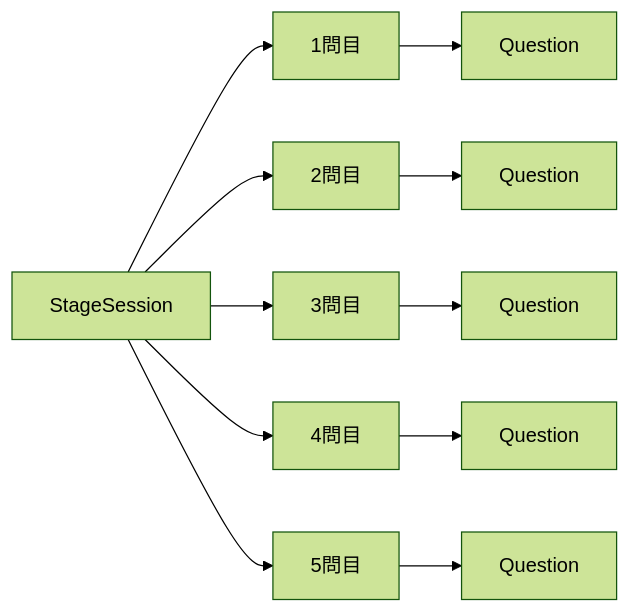
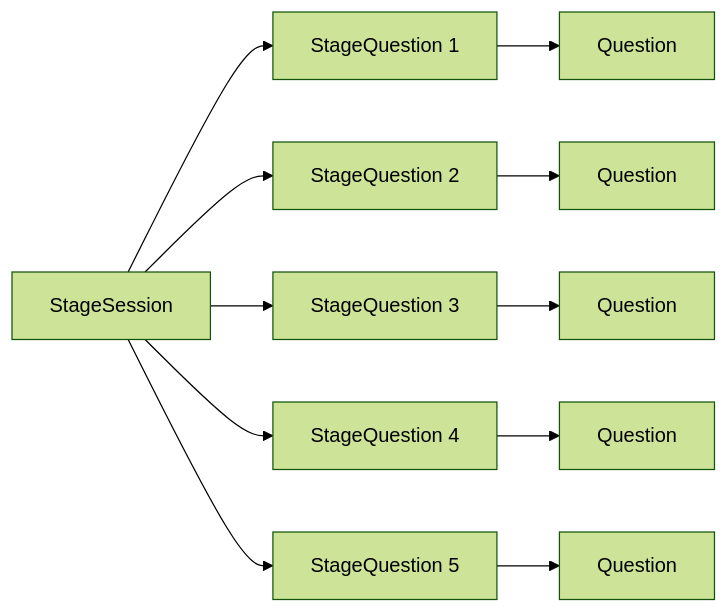
Before and after one commit to suu-dev-0203/graduation_JAVAgame: diagram 14 of 30 in README.md, drawn with Mermaid (forest theme). The commit also changed other lines of this file, not shown here.

````diff
--- a/README.md
+++ b/README.md
@@ -403,14 +545,14 @@
 ```mermaid
 flowchart LR
-    SS[StageSession] --> SQ1[1問目]
-    SS --> SQ2[2問目]
-    SS --> SQ3[3問目]
-    SS --> SQ4[4問目]
-    SS --> SQ5[5問目]
+    SS[StageSession] --> SQ1[StageQuestion 1]
+    SS --> SQ2[StageQuestion 2]
+    SS --> SQ3[StageQuestion 3]
+    SS --> SQ4[StageQuestion 4]
+    SS --> SQ5[StageQuestion 5]
 
     SQ1 --> Q1[Question]
     SQ2 --> Q2[Question]
     SQ3 --> Q3[Question]
     SQ4 --> Q4[Question]
     SQ5 --> Q5[Question]
 ```
````
